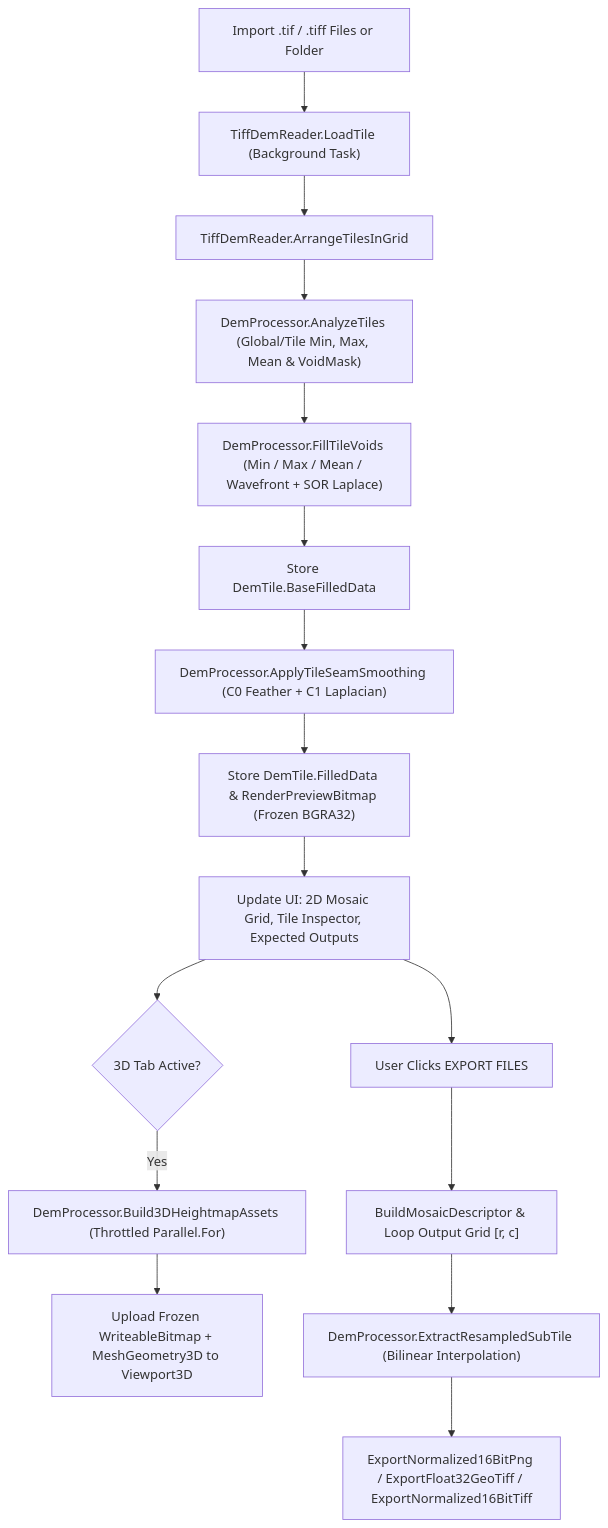
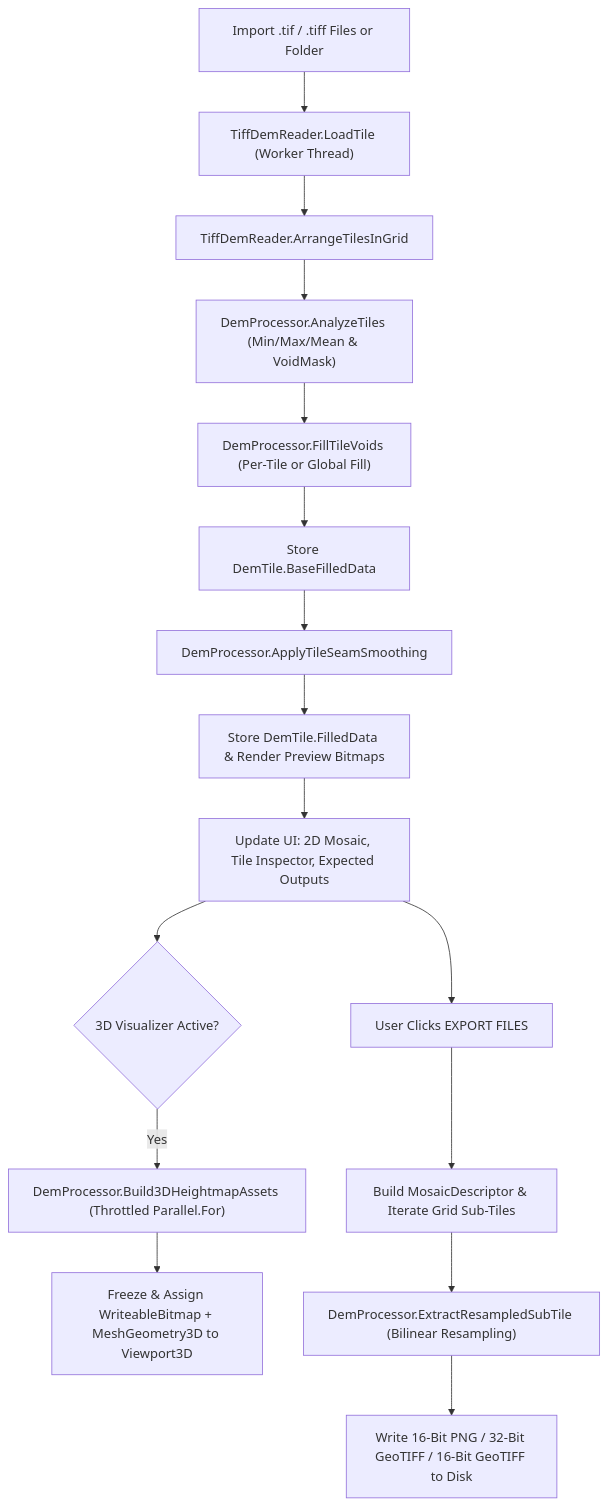
One commit to redlaser42/DemCleaner changed the second of 2 diagrams in ARCHITECTURE.md. Above: the diagram before and after it, drawn with Mermaid. The commit also changed other lines of this file, not shown here.

First line of the commit message:
Update ARCHITECTURE.md

````diff
--- a/ARCHITECTURE.md
+++ b/ARCHITECTURE.md
@@ -178,18 +152,18 @@
 ```mermaid
 flowchart TD
-    A["Import .tif / .tiff Files or Folder"] --> B["TiffDemReader.LoadTile (Background Task)"]
+    A["Import .tif / .tiff Files or Folder"] --> B["TiffDemReader.LoadTile (Worker Thread)"]
     B --> C["TiffDemReader.ArrangeTilesInGrid"]
-    C --> D["DemProcessor.AnalyzeTiles (Global/Tile Min, Max, Mean & VoidMask)"]
-    D --> E["DemProcessor.FillTileVoids (Min / Max / Mean / Wavefront + SOR Laplace)"]
+    C --> D["DemProcessor.AnalyzeTiles (Min/Max/Mean & VoidMask)"]
+    D --> E["DemProcessor.FillTileVoids (Per-Tile or Global Fill)"]
     E --> F["Store DemTile.BaseFilledData"]
-    F --> G["DemProcessor.ApplyTileSeamSmoothing (C0 Feather + C1 Laplacian)"]
-    G --> H["Store DemTile.FilledData & RenderPreviewBitmap (Frozen BGRA32)"]
-    H --> I["Update UI: 2D Mosaic Grid, Tile Inspector, Expected Outputs"]
-    I --> J{"3D Tab Active?"}
+    F --> G["DemProcessor.ApplyTileSeamSmoothing"]
+    G --> H["Store DemTile.FilledData & Render Preview Bitmaps"]
+    H --> I["Update UI: 2D Mosaic, Tile Inspector, Expected Outputs"]
+    I --> J{"3D Visualizer Active?"}
     J -- Yes --> K["DemProcessor.Build3DHeightmapAssets (Throttled Parallel.For)"]
-    K --> L["Upload Frozen WriteableBitmap + MeshGeometry3D to Viewport3D"]
+    K --> L["Freeze & Assign WriteableBitmap + MeshGeometry3D to Viewport3D"]
     I --> M["User Clicks EXPORT FILES"]
-    M --> N["BuildMosaicDescriptor & Loop Output Grid [r, c]"]
-    N --> O["DemProcessor.ExtractResampledSubTile (Bilinear Interpolation)"]
-    O --> P["ExportNormalized16BitPng / ExportFloat32GeoTiff / ExportNormalized16BitTiff"]
+    M --> N["Build MosaicDescriptor & Iterate Grid Sub-Tiles"]
+    N --> O["DemProcessor.ExtractResampledSubTile (Bilinear Resampling)"]
+    O --> P["Write 16-Bit PNG / 32-Bit GeoTIFF / 16-Bit GeoTIFF to Disk"]
 ```
````
